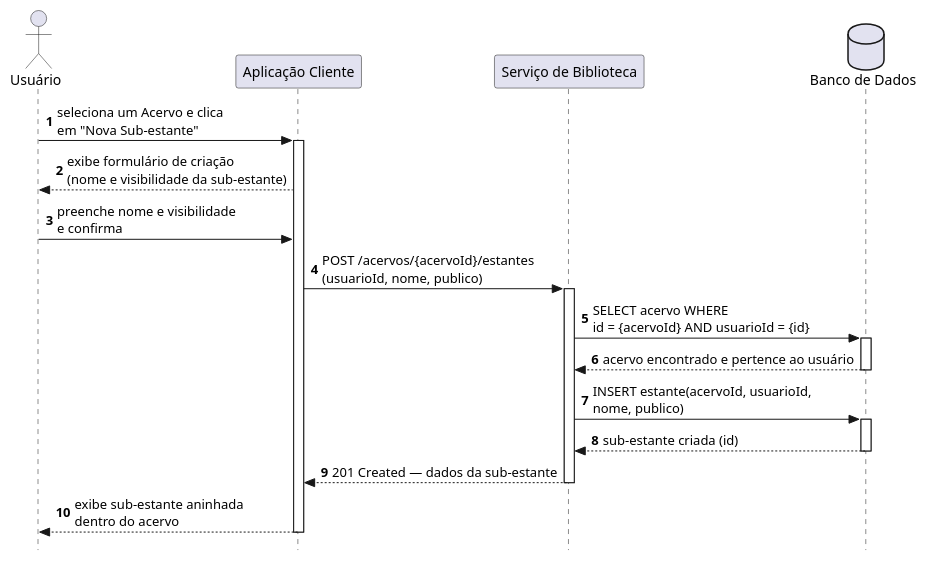
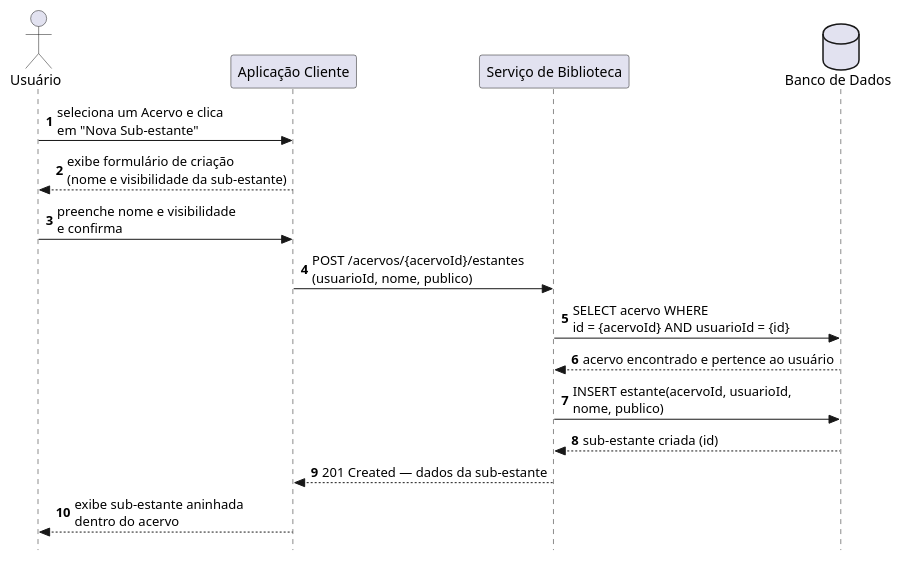
The diagram in docs/codigo-plantuml/diagramas-comunicacao/organizacao/dc-criar_sub_estante.puml (jalv21/iLib), drawn with PlantUML before and after one commit.

Commit message:
docs/criando diagrama de comunicação para criar subestante

```diff
--- a/docs/codigo-plantuml/diagramas-comunicacao/organizacao/dc-criar_sub_estante.puml
+++ b/docs/codigo-plantuml/diagramas-comunicacao/organizacao/dc-criar_sub_estante.puml
@@ -1,36 +1,28 @@
-@startuml ds-criar_sub_estante
+@startuml dc-criar_sub_estante
 autonumber
 skinparam style strictuml
 
 actor Usuario as "Usuário"
 participant Client            as "Aplicação Cliente"
 participant ServiceBiblioteca as "Serviço de Biblioteca"
 database    BD                as "Banco de Dados"
 
 Usuario -> Client : seleciona um Acervo e clica\nem "Nova Sub-estante"
-activate Client
 
 Client --> Usuario : exibe formulário de criação\n(nome e visibilidade da sub-estante)
 
 Usuario -> Client : preenche nome e visibilidade\ne confirma
 
 Client -> ServiceBiblioteca : POST /acervos/{acervoId}/estantes\n(usuarioId, nome, publico)
-activate ServiceBiblioteca
 
 ServiceBiblioteca -> BD : SELECT acervo WHERE\nid = {acervoId} AND usuarioId = {id}
-activate BD
 BD --> ServiceBiblioteca : acervo encontrado e pertence ao usuário
-deactivate BD
 
 ServiceBiblioteca -> BD : INSERT estante(acervoId, usuarioId,\nnome, publico)
-activate BD
 BD --> ServiceBiblioteca : sub-estante criada (id)
-deactivate BD
 
 ServiceBiblioteca --> Client : 201 Created — dados da sub-estante
-deactivate ServiceBiblioteca
 
 Client --> Usuario : exibe sub-estante aninhada\ndentro do acervo
-deactivate Client
 
 @enduml
```
